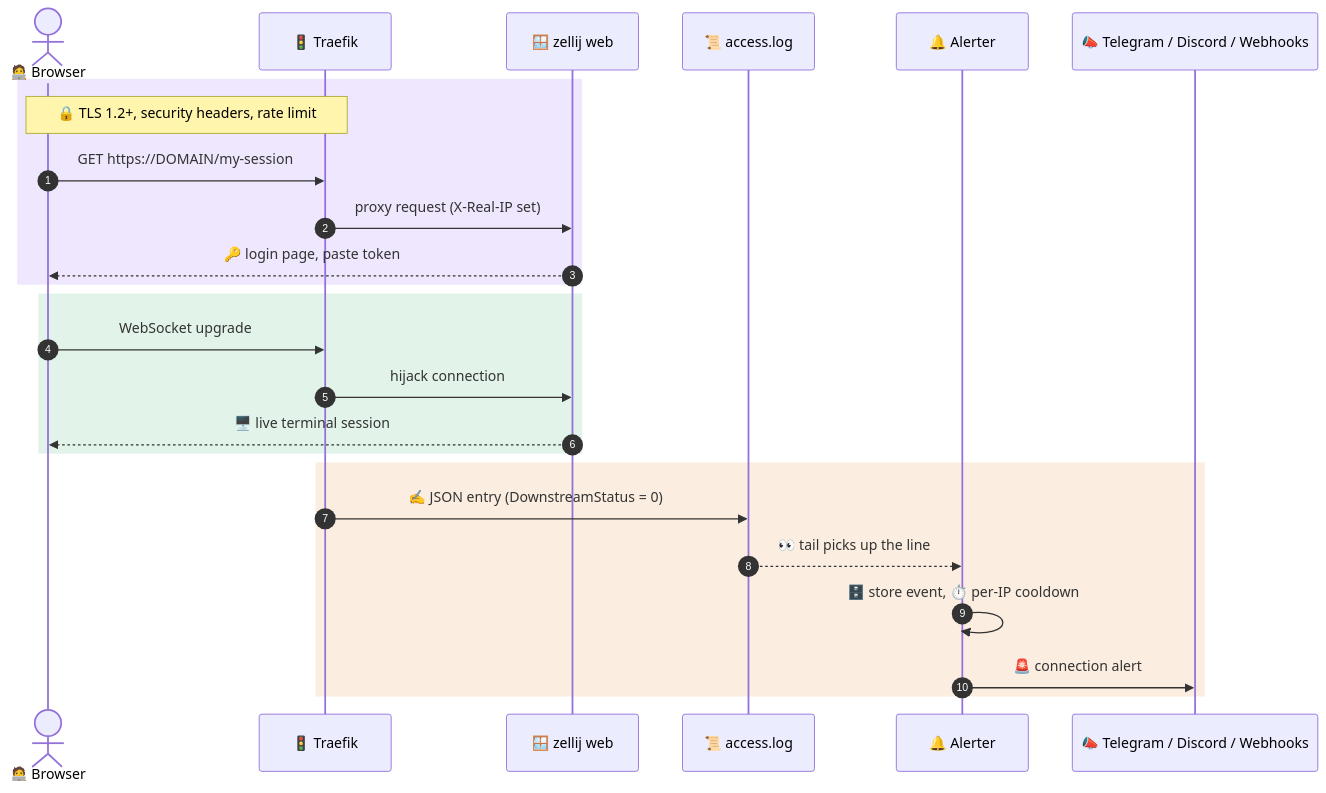
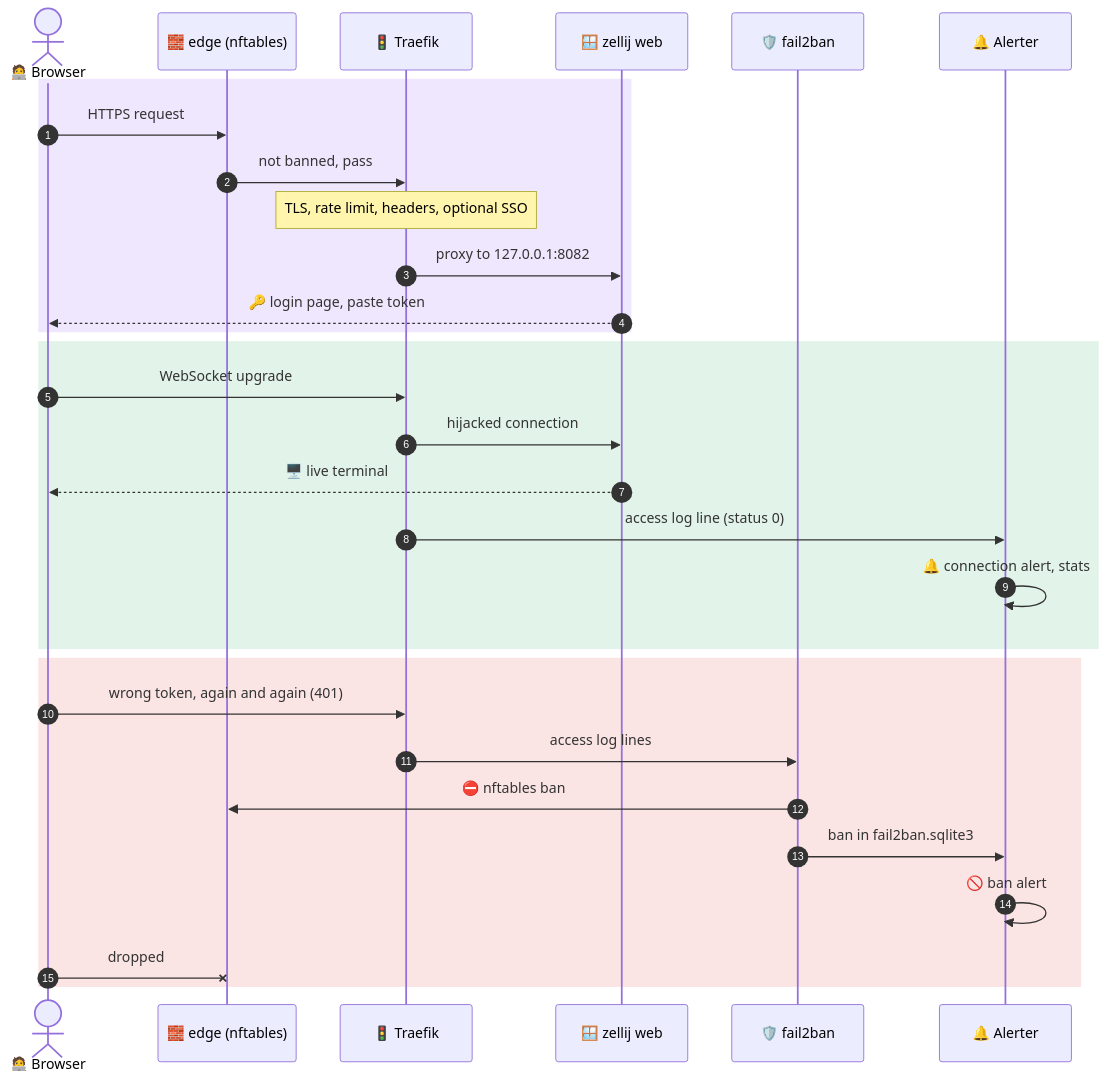
One commit to thereisnotime/secure-zellij changed the second of 2 diagrams in README.md. Above: the diagram before and after it, drawn with Mermaid. The commit also changed other lines of this file and 11 other files, not shown here.

````diff
--- a/README.md
+++ b/README.md
@@ -107,30 +153,35 @@
 ```mermaid
 sequenceDiagram
     autonumber
     actor U as 🧑‍💻 Browser
+    participant E as 🧱 edge (nftables)
     participant T as 🚦 Traefik
     participant Z as 🪟 zellij web
-    participant L as 📜 access.log
+    participant F as 🛡️ fail2ban
     participant A as 🔔 Alerter
-    participant N as 📣 Telegram / Discord / Webhooks
 
     rect rgba(124, 58, 237, 0.12)
-        Note over U,T: 🔒 TLS 1.2+, security headers, rate limit
-        U->>T: GET https://DOMAIN/my-session
-        T->>Z: proxy request (X-Real-IP set)
+        U->>E: HTTPS request
+        E->>T: not banned, pass
+        Note over T: TLS, rate limit, headers, optional SSO
+        T->>Z: proxy to 127.0.0.1:8082
         Z-->>U: 🔑 login page, paste token
     end
 
     rect rgba(22, 163, 74, 0.12)
         U->>T: WebSocket upgrade
-        T->>Z: hijack connection
-        Z-->>U: 🖥️ live terminal session
+        T->>Z: hijacked connection
+        Z-->>U: 🖥️ live terminal
+        T->>A: access log line (status 0)
+        A->>A: 🔔 connection alert, stats
     end
 
-    rect rgba(217, 119, 6, 0.12)
-        T->>L: ✍️ JSON entry (DownstreamStatus = 0)
-        L-->>A: 👀 tail picks up the line
-        A->>A: 🗄️ store event, ⏱️ per-IP cooldown
-        A->>N: 🚨 connection alert
+    rect rgba(220, 38, 38, 0.12)
+        U->>T: wrong token, again and again (401)
+        T->>F: access log lines
+        F->>E: ⛔ nftables ban
+        F->>A: ban in fail2ban.sqlite3
+        A->>A: 🚫 ban alert
+        U-xE: dropped
     end
 ```
````
